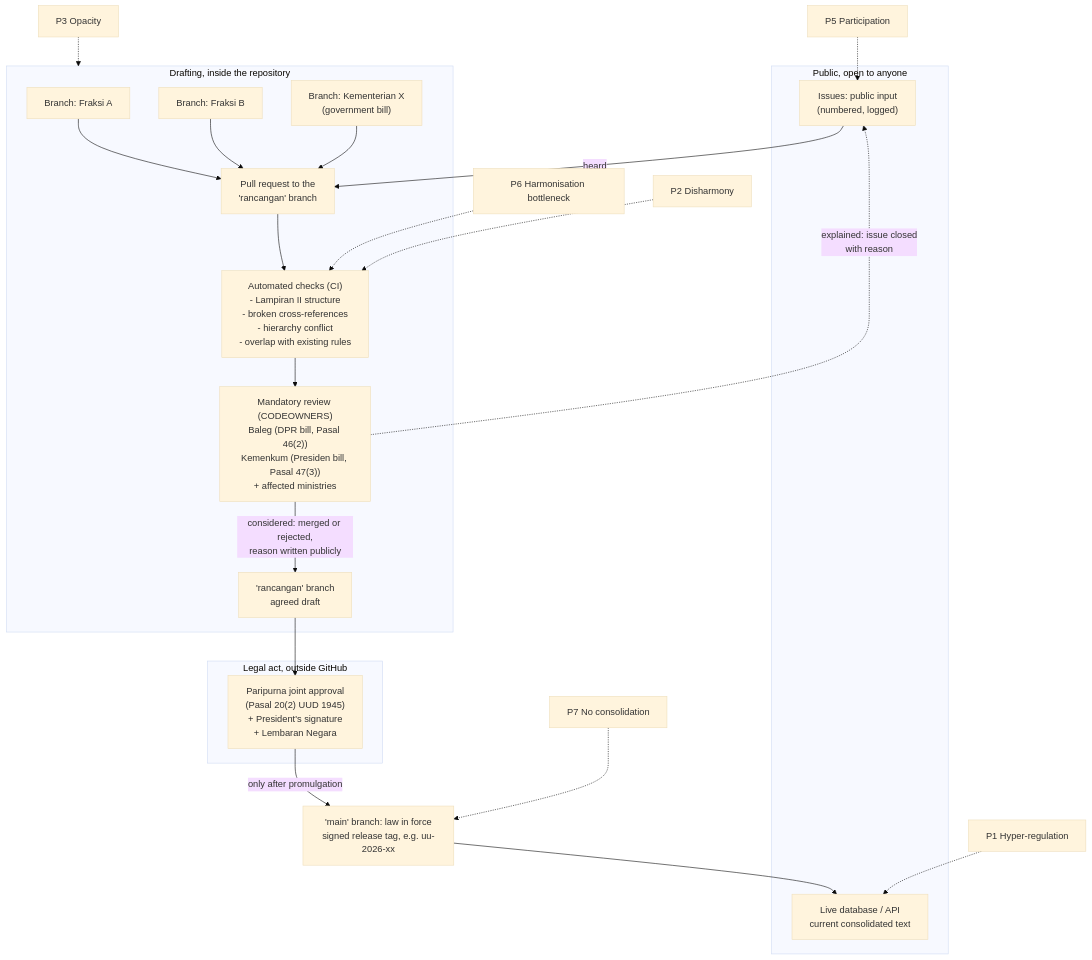
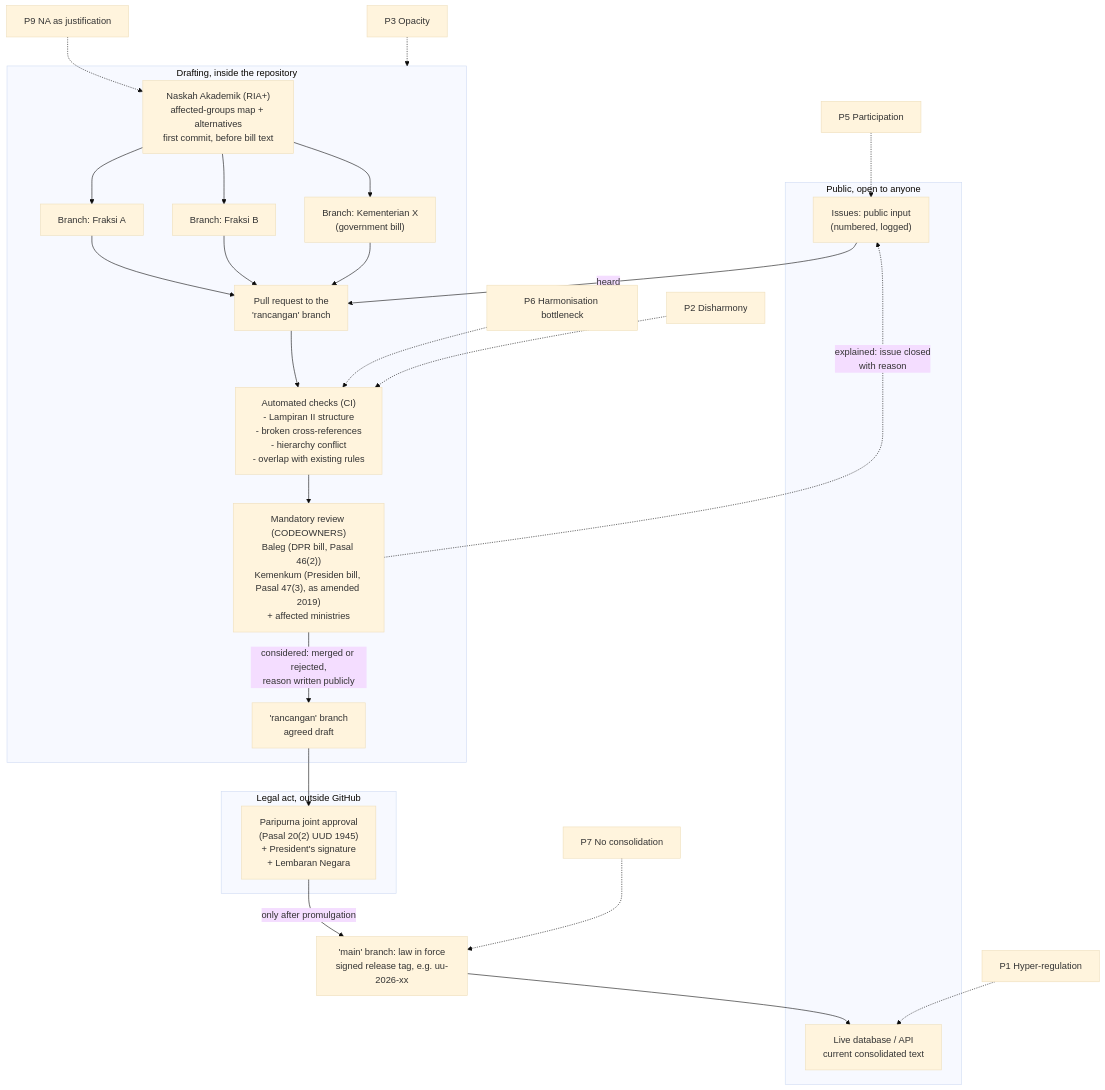
One commit to Mzah901/260725_regtech changed the diagram in docs/github-legislation.md. Above: the diagram before and after it, drawn with Mermaid (base theme). The commit also changed other lines of this file and 2 other files, not shown here.

First line of the commit message:
Add owner's RIA+ article (P9, section 2b) and fix Pasal 47(3) citation

````diff
--- a/docs/github-legislation.md
+++ b/docs/github-legislation.md
@@ -76,41 +92,46 @@
 ```mermaid
 flowchart TD
     subgraph PUBLIC["Public, open to anyone"]
         I["Issues: public input<br/>(numbered, logged)"]
         LIVE["Live database / API<br/>current consolidated text"]
     end
 
     subgraph DRAFT["Drafting, inside the repository"]
+        NA["Naskah Akademik (RIA+)<br/>affected-groups map + alternatives<br/>first commit, before bill text"]
         B1["Branch: Fraksi A"]
         B2["Branch: Fraksi B"]
         B3["Branch: Kementerian X<br/>(government bill)"]
         PR["Pull request to the<br/>'rancangan' branch"]
         CI["Automated checks (CI)<br/>- Lampiran II structure<br/>- broken cross-references<br/>- hierarchy conflict<br/>- overlap with existing rules"]
-        REV["Mandatory review (CODEOWNERS)<br/>Baleg (DPR bill, Pasal 46(2))<br/>Kemenkum (Presiden bill, Pasal 47(3))<br/>+ affected ministries"]
+        REV["Mandatory review (CODEOWNERS)<br/>Baleg (DPR bill, Pasal 46(2))<br/>Kemenkum (Presiden bill, Pasal 47(3), as amended 2019)<br/>+ affected ministries"]
         R["'rancangan' branch<br/>agreed draft"]
     end
 
     subgraph LEGAL["Legal act, outside GitHub"]
         P["Paripurna joint approval<br/>(Pasal 20(2) UUD 1945)<br/>+ President's signature<br/>+ Lembaran Negara"]
     end
 
     MAIN["'main' branch: law in force<br/>signed release tag, e.g. uu-2026-xx"]
 
     I -->|"heard"| PR
+    NA --> B1
+    NA --> B2
+    NA --> B3
     B1 --> PR
     B2 --> PR
     B3 --> PR
     PR --> CI --> REV
     REV -->|"considered: merged or rejected,<br/>reason written publicly"| R
     REV -.->|"explained: issue closed<br/>with reason"| I
     R --> P
     P -->|"only after promulgation"| MAIN
     MAIN --> LIVE
 
     P3["P3 Opacity"] -.-> DRAFT
     P5["P5 Participation"] -.-> I
     P6["P6 Harmonisation bottleneck"] -.-> CI
     P2["P2 Disharmony"] -.-> CI
     P7["P7 No consolidation"] -.-> MAIN
+    P9["P9 NA as justification"] -.-> NA
     P1["P1 Hyper-regulation"] -.-> LIVE
 ```
````
